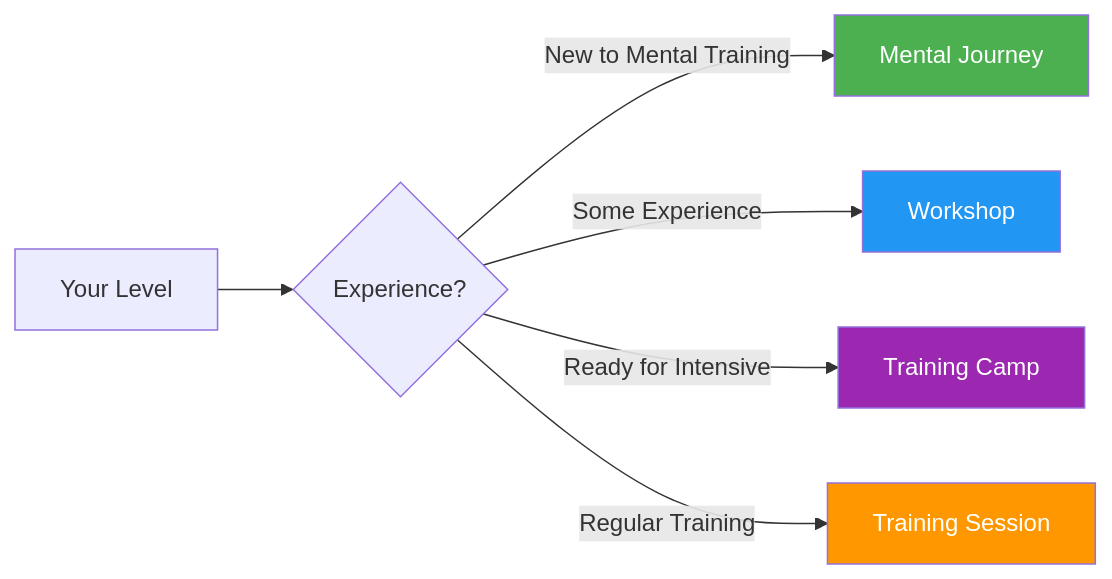
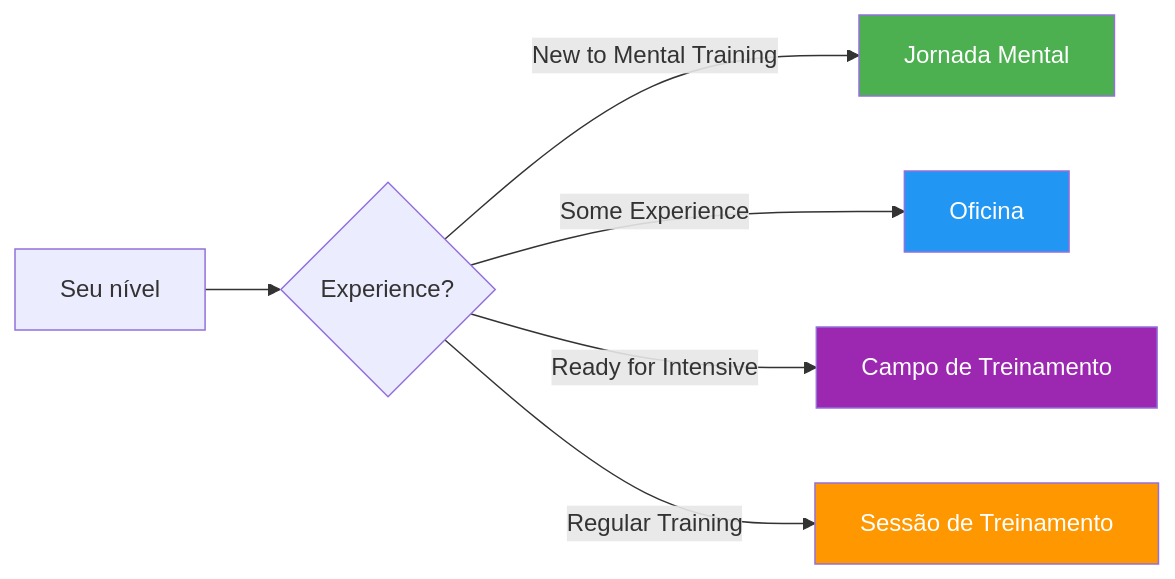
Before and after one commit to patwii/petanque-academy: the diagram in docs/pt/guides/index.md, drawn with Mermaid. The commit also changed other lines of this file and 550 other files, not shown here.

````diff
--- a/docs/pt/guides/index.md
+++ b/docs/pt/guides/index.md
@@ -12,13 +12,13 @@
 ```mermaid
 graph LR
-    A[Your Level] --> B{Experience?}
-    B -->|New to Mental Training| C[Mental Journey]
-    B -->|Some Experience| D[Workshop]
-    B -->|Ready for Intensive| E[Training Camp]
-    B -->|Regular Training| F[Training Session]
+    A[Seu nível] --> B{Experience?}
+    B -->|New to Mental Training| C[Jornada Mental]
+    B -->|Some Experience| D[Oficina]
+    B -->|Ready for Intensive| E[Campo de Treinamento]
+    B -->|Regular Training| F[Sessão de Treinamento]
     
     style C fill:#4CAF50,color:#fff
     style D fill:#2196F3,color:#fff
     style E fill:#9C27B0,color:#fff
     style F fill:#FF9800,color:#fff
 ```
````
